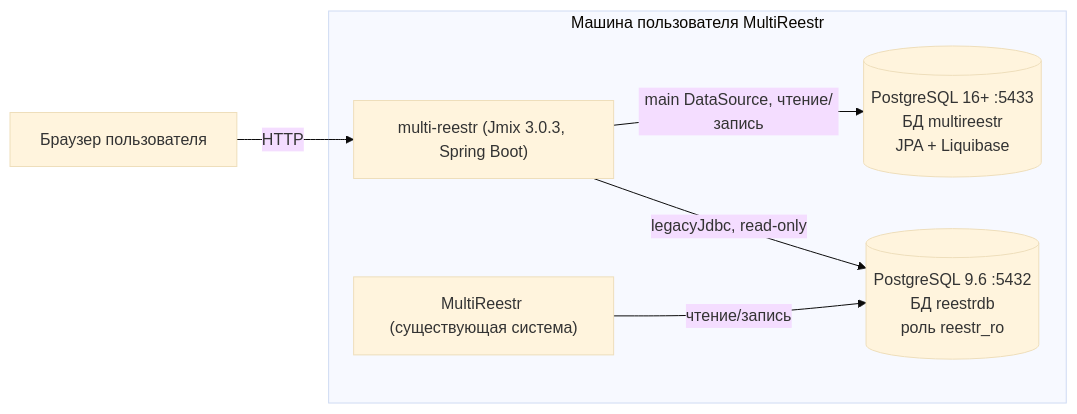
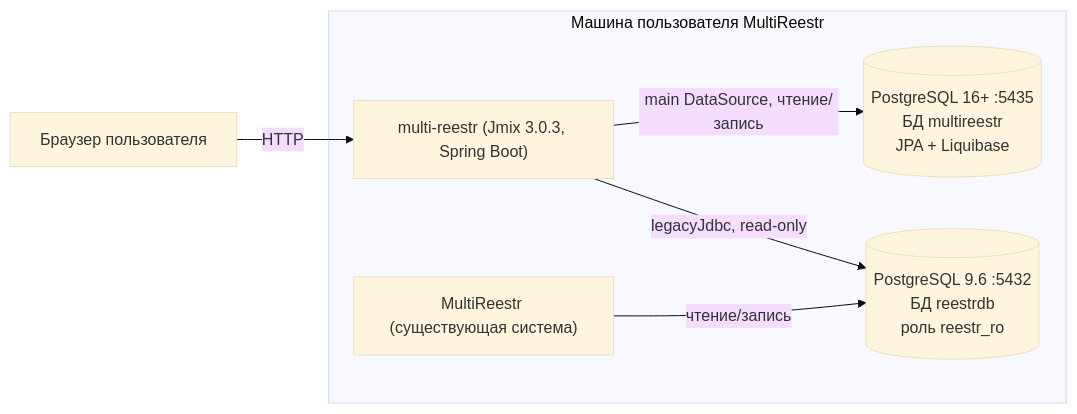
The sixth of 6 diagrams in docs/model/OVERVIEW.md (stasmakarov/multi-reestr-helper), drawn with Mermaid (base theme) before and after one commit. The commit also changed other lines of this file and 13 other files, not shown here.

````diff
--- a/docs/model/OVERVIEW.md
+++ b/docs/model/OVERVIEW.md
@@ -416,13 +416,13 @@
 ```mermaid
 flowchart LR
     U["Браузер пользователя"] -->|"HTTP"| APP
     subgraph HOST["Машина пользователя MultiReestr"]
         APP["multi-reestr (Jmix 3.0.3, Spring Boot)"]
-        M[("PostgreSQL 16+ :5433<br/>БД multireestr<br/>JPA + Liquibase")]
+        M[("PostgreSQL 16+ :5435<br/>БД multireestr<br/>JPA + Liquibase")]
         L[("PostgreSQL 9.6 :5432<br/>БД reestrdb<br/>роль reestr_ro")]
         MR["MultiReestr (существующая система)"]
     end
     APP -->|"main DataSource, чтение/запись"| M
     APP -->|"legacyJdbc, read-only"| L
     MR -->|"чтение/запись"| L
 ```
````
